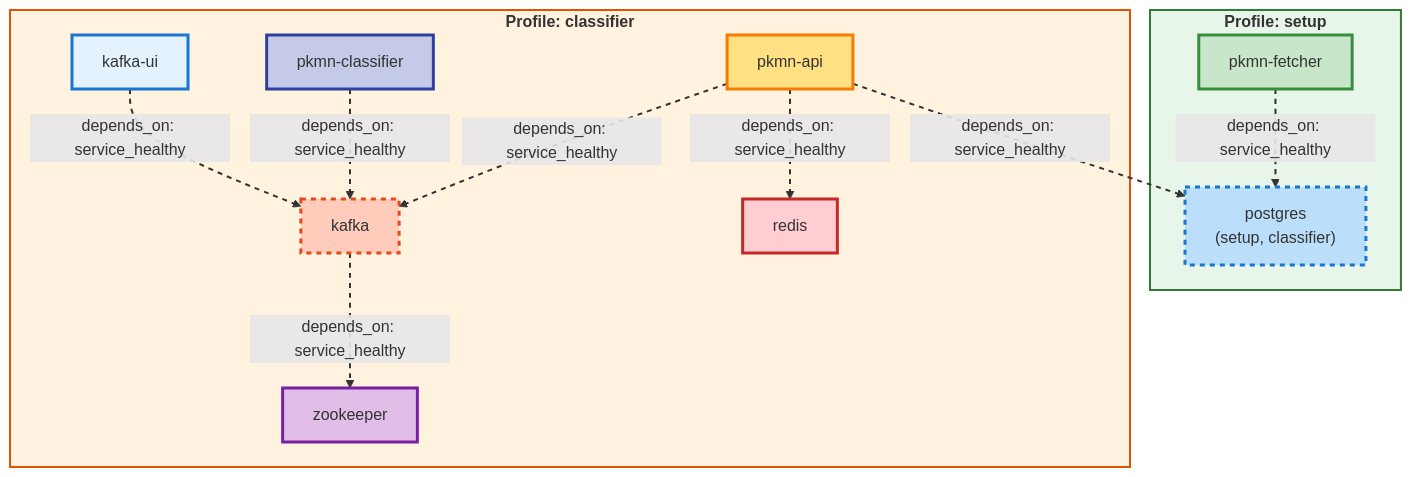
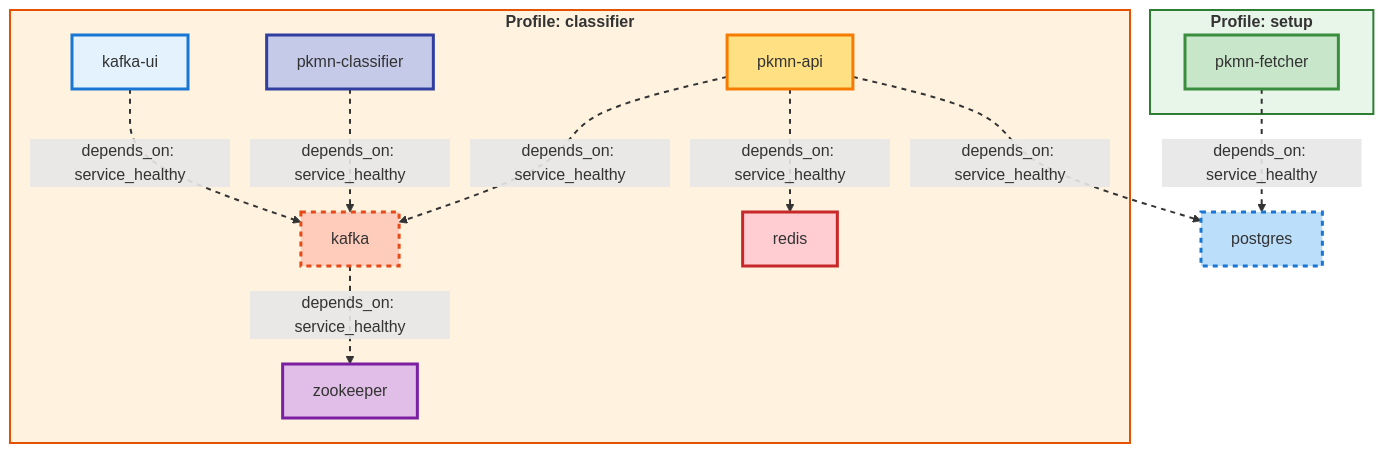
Before and after one commit to mbofos01/pokedex: the diagram in README.md, drawn with Mermaid. The commit also changed 1 other file, not shown here.

Commit message:
DB should be available to all profiles by default

````diff
--- a/README.md
+++ b/README.md
@@ -8,44 +8,42 @@
 ```mermaid
 %%{init: {"theme": "default", "themeVariables": {"background":"#ffffff"}}}%%
-    graph TD
-      subgraph Profile_setup[<b>Profile: setup</b>]
-        postgres["postgres<br/>(setup, classifier)"]:::custom_postgres
-        pkmn-fetcher:::custom_pkmn-fetcher
-      end
-      subgraph Profile_classifier[<b>Profile: classifier</b>]
-        postgres["postgres<br/>(setup, classifier)"]:::custom_postgres
-        zookeeper:::custom_zookeeper
-        kafka:::custom_kafka
-        redis:::custom_redis
-        pkmn-api:::custom_pkmn-api
-        pkmn-classifier:::custom_pkmn-classifier
-        kafka-ui:::custom_kafka-ui
-      end
-      pkmn-fetcher -->|depends_on: service_healthy| postgres
-      kafka -->|depends_on: service_healthy| zookeeper
-      pkmn-api -->|depends_on: service_healthy| postgres
-      pkmn-api -->|depends_on: service_healthy| kafka
-      pkmn-api -->|depends_on: service_healthy| redis
-      pkmn-classifier -->|depends_on: service_healthy| kafka
-      kafka-ui -->|depends_on: service_healthy| kafka
-      classDef profileService fill:#FFF9C4,stroke:#F57F17,stroke-width:2px;
-      classDef multiProfileService fill:#FFE082,stroke:#E65100,stroke-width:3px,stroke-dasharray: 5 5;
-      classDef custom_postgres fill:#BBDEFB,stroke:#1976D2,stroke-width:3px,stroke-dasharray: 5 5;
-      classDef custom_pkmn-fetcher fill:#C8E6C9,stroke:#388E3C,stroke-width:3px;
-      classDef custom_zookeeper fill:#E1BEE7,stroke:#7B1FA2,stroke-width:3px;
-      classDef custom_kafka fill:#FFCCBC,stroke:#E64A19,stroke-width:3px,stroke-dasharray: 5 5;
-      classDef custom_redis fill:#FFCDD2,stroke:#C62828,stroke-width:3px;
-      classDef custom_pkmn-api fill:#FFE082,stroke:#F57C00,stroke-width:3px;
-      classDef custom_pkmn-classifier fill:#C5CAE9,stroke:#303F9F,stroke-width:3px;
-      classDef custom_kafka-ui fill:#E3F2FD,stroke:#1976D2,stroke-width:3px;
-      style Profile_setup fill:#E8F5E9,stroke:#2E7D32,stroke-width:2px
-      style Profile_classifier fill:#FFF3E0,stroke:#E65100,stroke-width:2px
-      linkStyle 0 stroke-width:2px,stroke-dasharray:5 5
-      linkStyle 1 stroke-width:2px,stroke-dasharray:5 5
-      linkStyle 2 stroke-width:2px,stroke-dasharray:5 5
-      linkStyle 3 stroke-width:2px,stroke-dasharray:5 5
-      linkStyle 4 stroke-width:2px,stroke-dasharray:5 5
-      linkStyle 5 stroke-width:2px,stroke-dasharray:5 5
-      linkStyle 6 stroke-width:2px,stroke-dasharray:5 5
-
+  graph TD
+    subgraph Profile_setup[<b>Profile: setup</b>]
+      pkmn-fetcher:::custom_pkmn-fetcher
+    end
+    subgraph Profile_classifier[<b>Profile: classifier</b>]
+      zookeeper:::custom_zookeeper
+      kafka:::custom_kafka
+      redis:::custom_redis
+      pkmn-api:::custom_pkmn-api
+      pkmn-classifier:::custom_pkmn-classifier
+      kafka-ui:::custom_kafka-ui
+    end
+    postgres:::custom_postgres
+    pkmn-fetcher -->|depends_on: service_healthy| postgres
+    kafka -->|depends_on: service_healthy| zookeeper
+    pkmn-api -->|depends_on: service_healthy| postgres
+    pkmn-api -->|depends_on: service_healthy| kafka
+    pkmn-api -->|depends_on: service_healthy| redis
+    pkmn-classifier -->|depends_on: service_healthy| kafka
+    kafka-ui -->|depends_on: service_healthy| kafka
+    classDef profileService fill:#FFF9C4,stroke:#F57F17,stroke-width:2px;
+    classDef multiProfileService fill:#FFE082,stroke:#E65100,stroke-width:3px,stroke-dasharray: 5 5;
+    classDef custom_postgres fill:#BBDEFB,stroke:#1976D2,stroke-width:3px,stroke-dasharray: 5 5;
+    classDef custom_pkmn-fetcher fill:#C8E6C9,stroke:#388E3C,stroke-width:3px;
+    classDef custom_zookeeper fill:#E1BEE7,stroke:#7B1FA2,stroke-width:3px;
+    classDef custom_kafka fill:#FFCCBC,stroke:#E64A19,stroke-width:3px,stroke-dasharray: 5 5;
+    classDef custom_redis fill:#FFCDD2,stroke:#C62828,stroke-width:3px;
+    classDef custom_pkmn-api fill:#FFE082,stroke:#F57C00,stroke-width:3px;
+    classDef custom_pkmn-classifier fill:#C5CAE9,stroke:#303F9F,stroke-width:3px;
+    classDef custom_kafka-ui fill:#E3F2FD,stroke:#1976D2,stroke-width:3px;
+    style Profile_setup fill:#E8F5E9,stroke:#2E7D32,stroke-width:2px
+    style Profile_classifier fill:#FFF3E0,stroke:#E65100,stroke-width:2px
+    linkStyle 0 stroke-width:2px,stroke-dasharray:5 5
+    linkStyle 1 stroke-width:2px,stroke-dasharray:5 5
+    linkStyle 2 stroke-width:2px,stroke-dasharray:5 5
+    linkStyle 3 stroke-width:2px,stroke-dasharray:5 5
+    linkStyle 4 stroke-width:2px,stroke-dasharray:5 5
+    linkStyle 5 stroke-width:2px,stroke-dasharray:5 5
+    linkStyle 6 stroke-width:2px,stroke-dasharray:5 5
 ```
````
